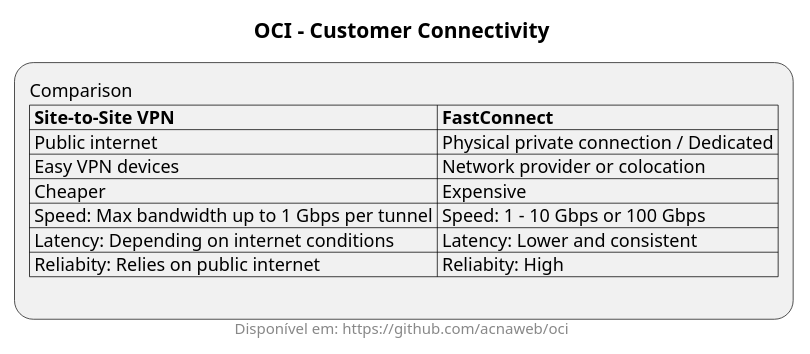
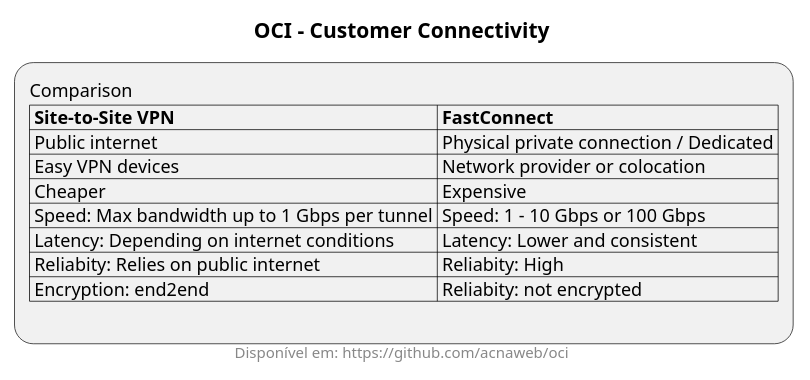
The diagram in docs/src/connectivity.wsd (acnaweb/oci), drawn with PlantUML before and after one commit. The commit also changed 11 other files, not shown here.

```diff
--- a/docs/src/connectivity.wsd
+++ b/docs/src/connectivity.wsd
@@ -1,16 +1,17 @@
 @startuml
 
 title "OCI - Customer Connectivity"
 footer Disponível em: https://github.com/acnaweb/oci
 
 :Comparison
 |= Site-to-Site VPN |= FastConnect |
 | Public internet | Physical private connection / Dedicated |
 | Easy VPN devices | Network provider or colocation |
 | Cheaper | Expensive |
 | Speed: Max bandwidth up to 1 Gbps per tunnel | Speed: 1 - 10 Gbps or 100 Gbps |
 | Latency: Depending on internet conditions | Latency: Lower and consistent |
 | Reliabity: Relies on public internet | Reliabity: High |
+| Encryption: end2end | Reliabity: not encrypted |
 ;
 
 @enduml
```
